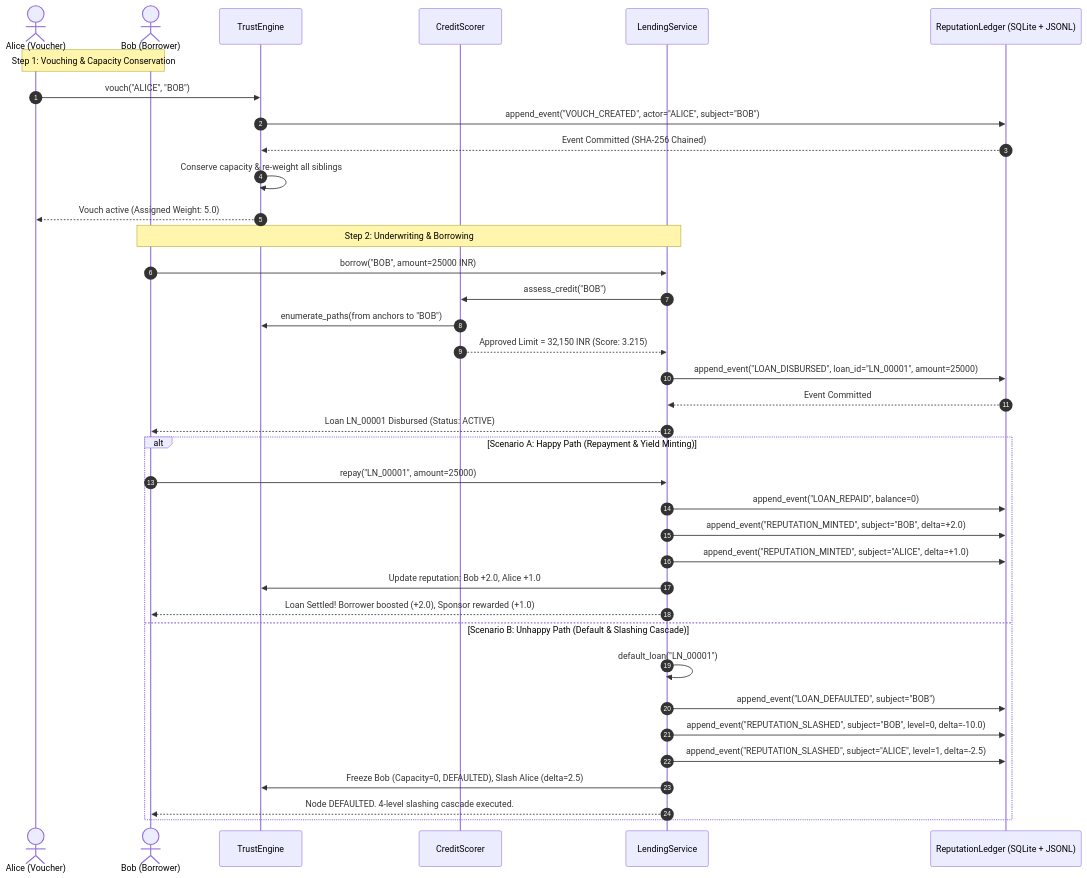
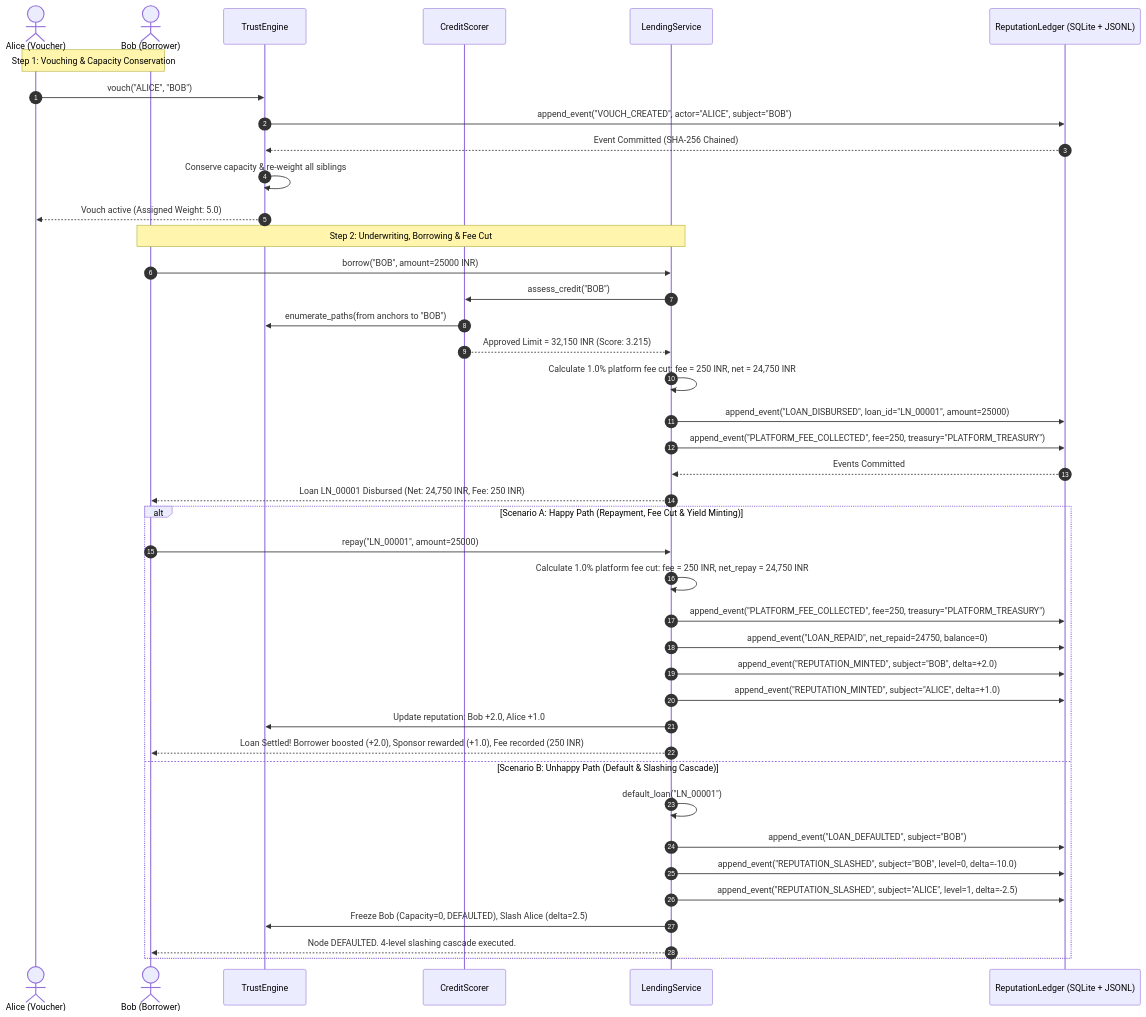
One commit to inwrongplannet/Srujana_hackathon2026_Vouch changed the fifth of 7 diagrams in backend/localdocs/VERITRUST_SYSTEM_FLOW.md. Above: the diagram before and after it, drawn with Mermaid. The commit also changed other lines of this file and 28 other files, not shown here.

````diff
--- a/backend/localdocs/VERITRUST_SYSTEM_FLOW.md
+++ b/backend/localdocs/VERITRUST_SYSTEM_FLOW.md
@@ -150,42 +152,46 @@
 ```mermaid
 sequenceDiagram
     autonumber
     actor Alice as Alice (Voucher)
     actor Bob as Bob (Borrower)
     participant Engine as TrustEngine
     participant Scorer as CreditScorer
     participant Lending as LendingService
     participant Ledger as ReputationLedger (SQLite + JSONL)
 
     Note over Alice,Bob: Step 1: Vouching & Capacity Conservation
     Alice->>Engine: vouch("ALICE", "BOB")
     Engine->>Ledger: append_event("VOUCH_CREATED", actor="ALICE", subject="BOB")
     Ledger-->>Engine: Event Committed (SHA-256 Chained)
     Engine->>Engine: Conserve capacity & re-weight all siblings
     Engine-->>Alice: Vouch active (Assigned Weight: 5.0)
 
-    Note over Bob,Lending: Step 2: Underwriting & Borrowing
+    Note over Bob,Lending: Step 2: Underwriting, Borrowing & Fee Cut
     Bob->>Lending: borrow("BOB", amount=25000 INR)
     Lending->>Scorer: assess_credit("BOB")
     Scorer->>Engine: enumerate_paths(from anchors to "BOB")
     Scorer-->>Lending: Approved Limit = 32,150 INR (Score: 3.215)
+    Lending->>Lending: Calculate 1.0% platform fee cut: fee = 250 INR, net = 24,750 INR
     Lending->>Ledger: append_event("LOAN_DISBURSED", loan_id="LN_00001", amount=25000)
-    Ledger-->>Lending: Event Committed
-    Lending-->>Bob: Loan LN_00001 Disbursed (Status: ACTIVE)
+    Lending->>Ledger: append_event("PLATFORM_FEE_COLLECTED", fee=250, treasury="PLATFORM_TREASURY")
+    Ledger-->>Lending: Events Committed
+    Lending-->>Bob: Loan LN_00001 Disbursed (Net: 24,750 INR, Fee: 250 INR)
 
-    alt Scenario A: Happy Path (Repayment & Yield Minting)
+    alt Scenario A: Happy Path (Repayment, Fee Cut & Yield Minting)
         Bob->>Lending: repay("LN_00001", amount=25000)
-        Lending->>Ledger: append_event("LOAN_REPAID", balance=0)
+        Lending->>Lending: Calculate 1.0% platform fee cut: fee = 250 INR, net_repay = 24,750 INR
+        Lending->>Ledger: append_event("PLATFORM_FEE_COLLECTED", fee=250, treasury="PLATFORM_TREASURY")
+        Lending->>Ledger: append_event("LOAN_REPAID", net_repaid=24750, balance=0)
         Lending->>Ledger: append_event("REPUTATION_MINTED", subject="BOB", delta=+2.0)
         Lending->>Ledger: append_event("REPUTATION_MINTED", subject="ALICE", delta=+1.0)
         Lending->>Engine: Update reputation: Bob +2.0, Alice +1.0
-        Lending-->>Bob: Loan Settled! Borrower boosted (+2.0), Sponsor rewarded (+1.0)
+        Lending-->>Bob: Loan Settled! Borrower boosted (+2.0), Sponsor rewarded (+1.0), Fee recorded (250 INR)
     else Scenario B: Unhappy Path (Default & Slashing Cascade)
         Lending->>Lending: default_loan("LN_00001")
         Lending->>Ledger: append_event("LOAN_DEFAULTED", subject="BOB")
         Lending->>Ledger: append_event("REPUTATION_SLASHED", subject="BOB", level=0, delta=-10.0)
         Lending->>Ledger: append_event("REPUTATION_SLASHED", subject="ALICE", level=1, delta=-2.5)
         Lending->>Engine: Freeze Bob (Capacity=0, DEFAULTED), Slash Alice (delta=2.5)
         Lending-->>Bob: Node DEFAULTED. 4-level slashing cascade executed.
     end
 ```
````
